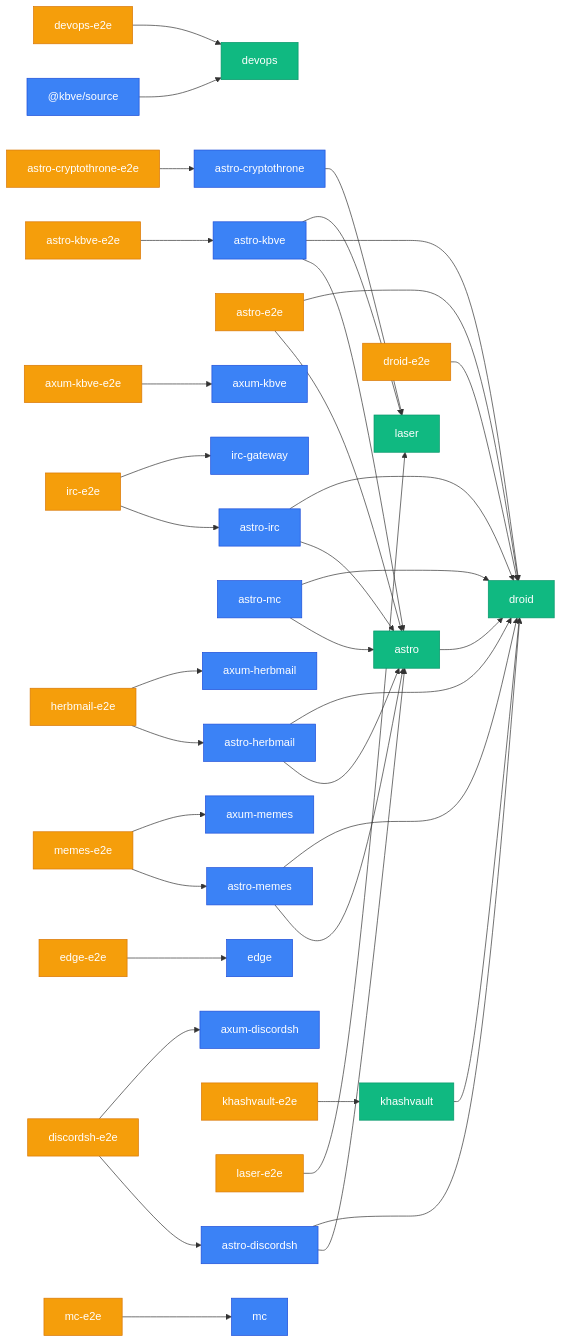
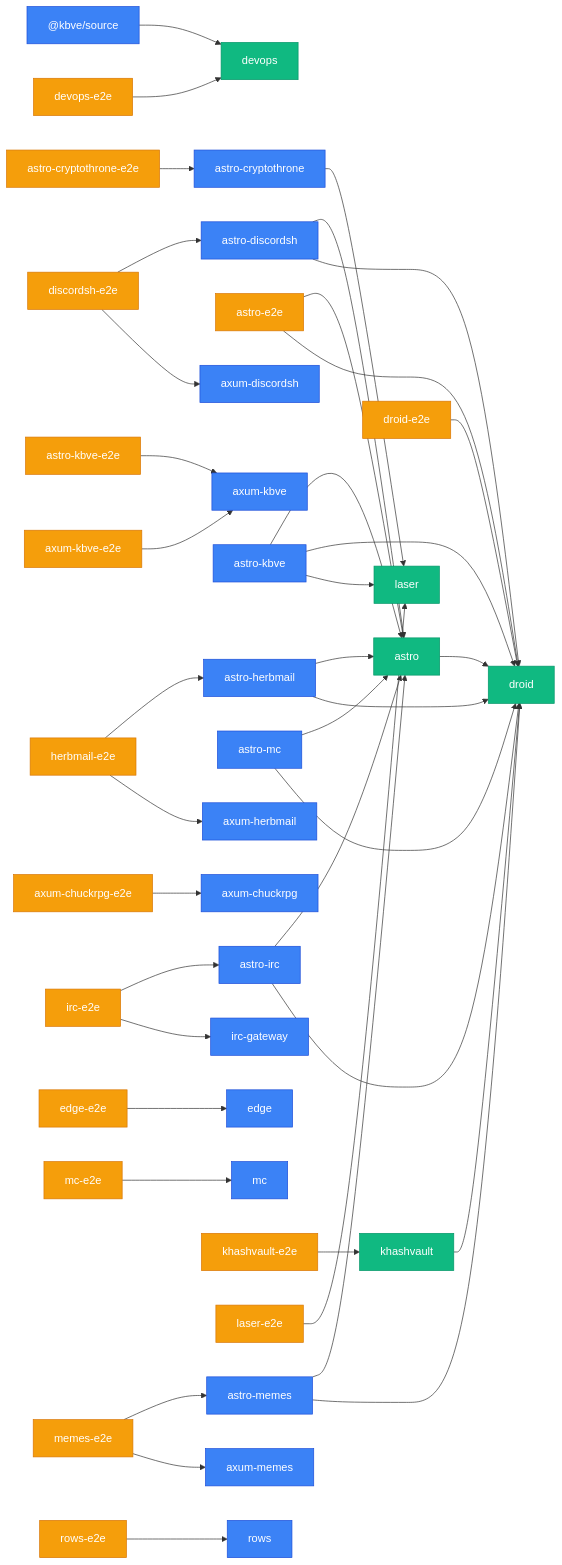
One commit to KBVE/kbve changed the third of 3 diagrams in apps/kbve/astro-kbve/src/content/docs/dashboard/graph.mdx. Above: the diagram before and after it, drawn with Mermaid. The commit also changed other lines of this file and 8 other files, not shown here.

````diff
--- a/apps/kbve/astro-kbve/src/content/docs/dashboard/graph.mdx
+++ b/apps/kbve/astro-kbve/src/content/docs/dashboard/graph.mdx
@@ -79,45 +79,47 @@
 ```mermaid
 graph LR
     classDef app fill:#3b82f6,stroke:#1d4ed8,color:#fff
     classDef lib fill:#10b981,stroke:#059669,color:#fff
     classDef e2e fill:#f59e0b,stroke:#d97706,color:#fff
     _kbve_source["@kbve/source"] --> devops["devops"]
     astro["astro"] --> droid["droid"]
     astro_cryptothrone["astro-cryptothrone"] --> laser["laser"]
     astro_cryptothrone_e2e["astro-cryptothrone-e2e"] --> astro_cryptothrone["astro-cryptothrone"]
     astro_discordsh["astro-discordsh"] --> astro["astro"]
     astro_discordsh["astro-discordsh"] --> droid["droid"]
     astro_e2e["astro-e2e"] --> astro["astro"]
     astro_e2e["astro-e2e"] --> droid["droid"]
     astro_herbmail["astro-herbmail"] --> astro["astro"]
     astro_herbmail["astro-herbmail"] --> droid["droid"]
     astro_irc["astro-irc"] --> astro["astro"]
     astro_irc["astro-irc"] --> droid["droid"]
     astro_kbve["astro-kbve"] --> astro["astro"]
     astro_kbve["astro-kbve"] --> droid["droid"]
     astro_kbve["astro-kbve"] --> laser["laser"]
-    astro_kbve_e2e["astro-kbve-e2e"] --> astro_kbve["astro-kbve"]
+    astro_kbve_e2e["astro-kbve-e2e"] --> axum_kbve["axum-kbve"]
     astro_mc["astro-mc"] --> astro["astro"]
     astro_mc["astro-mc"] --> droid["droid"]
     astro_memes["astro-memes"] --> astro["astro"]
     astro_memes["astro-memes"] --> droid["droid"]
+    axum_chuckrpg_e2e["axum-chuckrpg-e2e"] --> axum_chuckrpg["axum-chuckrpg"]
     axum_kbve_e2e["axum-kbve-e2e"] --> axum_kbve["axum-kbve"]
     devops_e2e["devops-e2e"] --> devops["devops"]
     discordsh_e2e["discordsh-e2e"] --> astro_discordsh["astro-discordsh"]
     discordsh_e2e["discordsh-e2e"] --> axum_discordsh["axum-discordsh"]
     droid_e2e["droid-e2e"] --> droid["droid"]
     edge_e2e["edge-e2e"] --> edge["edge"]
     herbmail_e2e["herbmail-e2e"] --> astro_herbmail["astro-herbmail"]
     herbmail_e2e["herbmail-e2e"] --> axum_herbmail["axum-herbmail"]
     irc_e2e["irc-e2e"] --> astro_irc["astro-irc"]
     irc_e2e["irc-e2e"] --> irc_gateway["irc-gateway"]
     khashvault["khashvault"] --> droid["droid"]
     khashvault_e2e["khashvault-e2e"] --> khashvault["khashvault"]
     laser_e2e["laser-e2e"] --> laser["laser"]
     mc_e2e["mc-e2e"] --> mc["mc"]
     memes_e2e["memes-e2e"] --> astro_memes["astro-memes"]
     memes_e2e["memes-e2e"] --> axum_memes["axum-memes"]
-    class _kbve_source,angelscript,astro_cryptothrone,astro_discordsh,astro_herbmail,astro_irc,astro_kbve,astro_mc,astro_memes,axum_cryptothrone,axum_discordsh,axum_herbmail,axum_kbve,axum_memes,cryptothrone,desktop_kbve,discordsh,edge,herbmail,irc,irc_gateway,isometric,kilobase,mc,memes,notification_bot,ows,pydesk app
+    rows_e2e["rows-e2e"] --> rows["rows"]
+    class _kbve_source,angelscript,astro_chuckrpg,astro_cryptothrone,astro_discordsh,astro_herbmail,astro_irc,astro_kbve,astro_mc,astro_memes,axum_chuckrpg,axum_cryptothrone,axum_discordsh,axum_herbmail,axum_kbve,axum_memes,cryptothrone,desktop_kbve,discordsh,edge,herbmail,irc,irc_gateway,isometric,kilobase,mc,memes,notification_bot,ows,pydesk,rows app
     class astro,bevy_battle,bevy_cam,bevy_inventory,bevy_items,bevy_kbve_net,bevy_mapdb,bevy_npc,bevy_player,bevy_quests,bevy_skills,bevy_statemachine,bevy_tasker,data_proto,devops,droid,erust,holy,jedi,kbve,khashvault,laser,python_fudster,python_kbve,q,soul lib
-    class astro_cryptothrone_e2e,astro_e2e,astro_kbve_e2e,axum_kbve_e2e,devops_e2e,discordsh_e2e,droid_e2e,edge_e2e,herbmail_e2e,irc_e2e,khashvault_e2e,laser_e2e,mc_e2e,memes_e2e e2e
+    class astro_cryptothrone_e2e,astro_e2e,astro_kbve_e2e,axum_chuckrpg_e2e,axum_kbve_e2e,devops_e2e,discordsh_e2e,droid_e2e,edge_e2e,herbmail_e2e,irc_e2e,khashvault_e2e,laser_e2e,mc_e2e,memes_e2e,rows_e2e e2e
 ```
````
